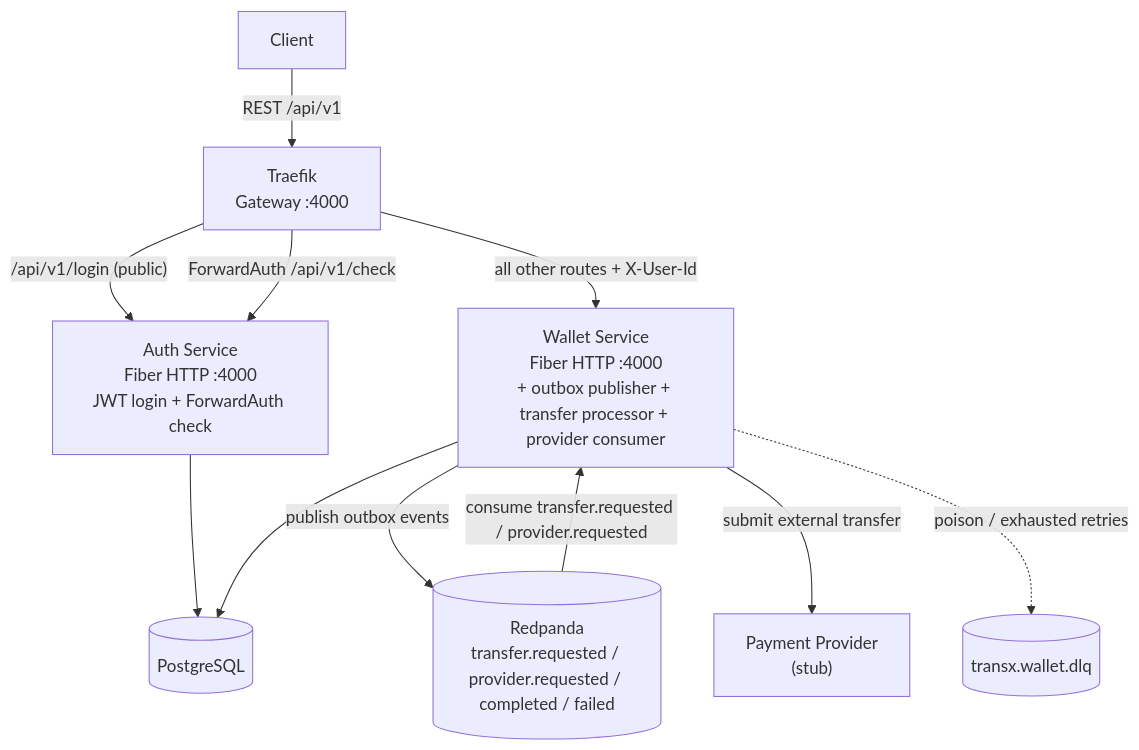
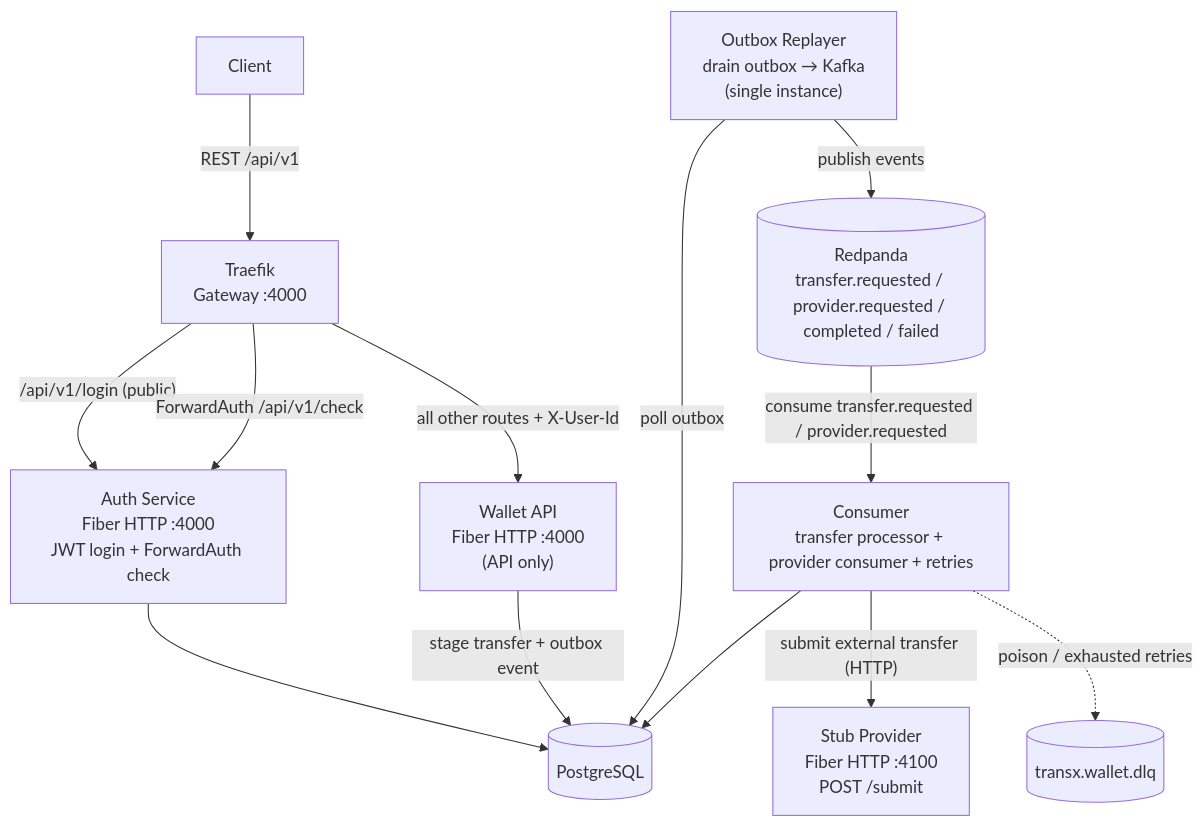
One commit to Phathdt/transx changed the first of 5 diagrams in README.md. Above: the diagram before and after it, drawn with Mermaid. The commit also changed other lines of this file and 12 other files, not shown here.

````diff
--- a/README.md
+++ b/README.md
@@ -175,23 +194,27 @@
 ```mermaid
 flowchart TD
     FE["Client"]
     TR["Traefik\nGateway :4000"]
     AUTH["Auth Service\nFiber HTTP :4000\nJWT login + ForwardAuth check"]
-    WALLET["Wallet Service\nFiber HTTP :4000\n+ outbox publisher + transfer processor + provider consumer"]
+    WALLET["Wallet API\nFiber HTTP :4000\n(API only)"]
+    REPLAYER["Outbox Replayer\ndrain outbox → Kafka\n(single instance)"]
+    CONSUMER["Consumer\ntransfer processor + provider consumer + retries"]
     PG[("PostgreSQL")]
     RP[("Redpanda\ntransfer.requested / provider.requested / completed / failed")]
-    PROV["Payment Provider\n(stub)"]
+    PROV["Stub Provider\nFiber HTTP :4100\nPOST /submit"]
     DLQ[("transx.wallet.dlq")]
 
     FE -->|"REST /api/v1"| TR
     TR -->|"/api/v1/login (public)"| AUTH
     TR -->|"ForwardAuth /api/v1/check"| AUTH
     TR -->|"all other routes + X-User-Id"| WALLET
 
     AUTH --> PG
-    WALLET --> PG
-    WALLET -->|"publish outbox events"| RP
-    RP -->|"consume transfer.requested / provider.requested"| WALLET
-    WALLET -->|"submit external transfer"| PROV
-    WALLET -.->|"poison / exhausted retries"| DLQ
+    WALLET -->|"stage transfer + outbox event"| PG
+    REPLAYER -->|"poll outbox"| PG
+    REPLAYER -->|"publish events"| RP
+    RP -->|"consume transfer.requested / provider.requested"| CONSUMER
+    CONSUMER --> PG
+    CONSUMER -->|"submit external transfer (HTTP)"| PROV
+    CONSUMER -.->|"poison / exhausted retries"| DLQ
 ```
````
